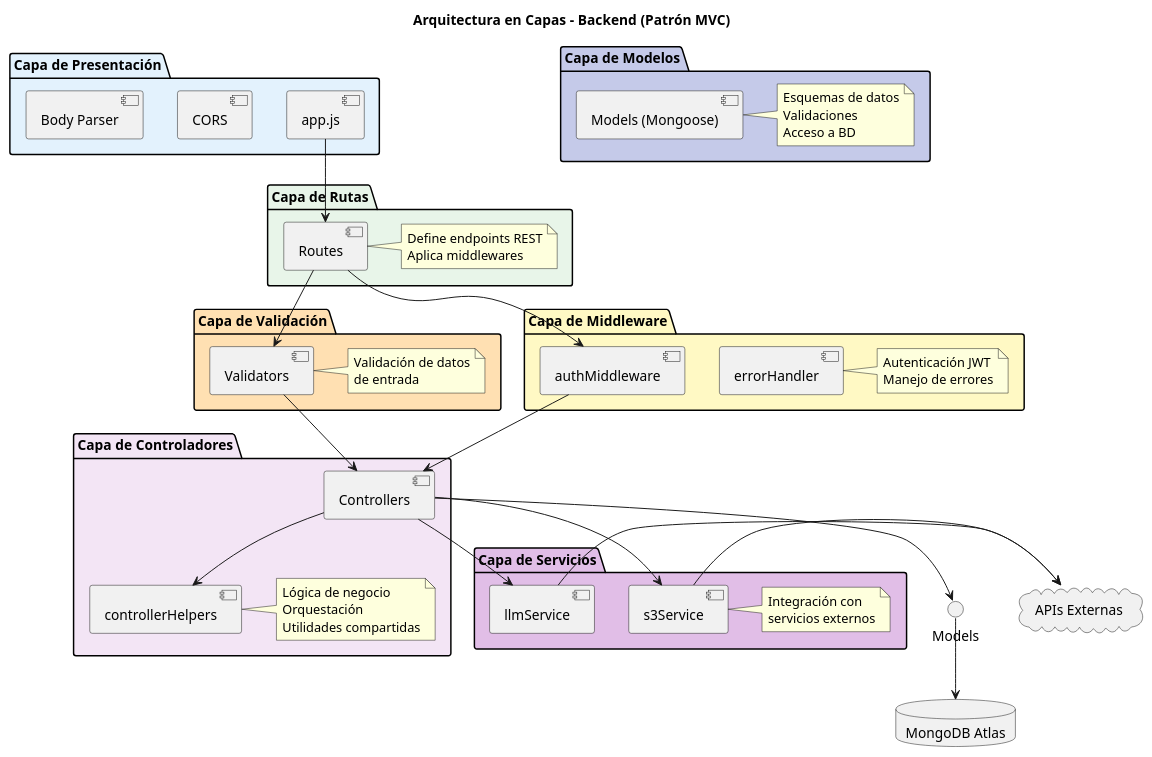
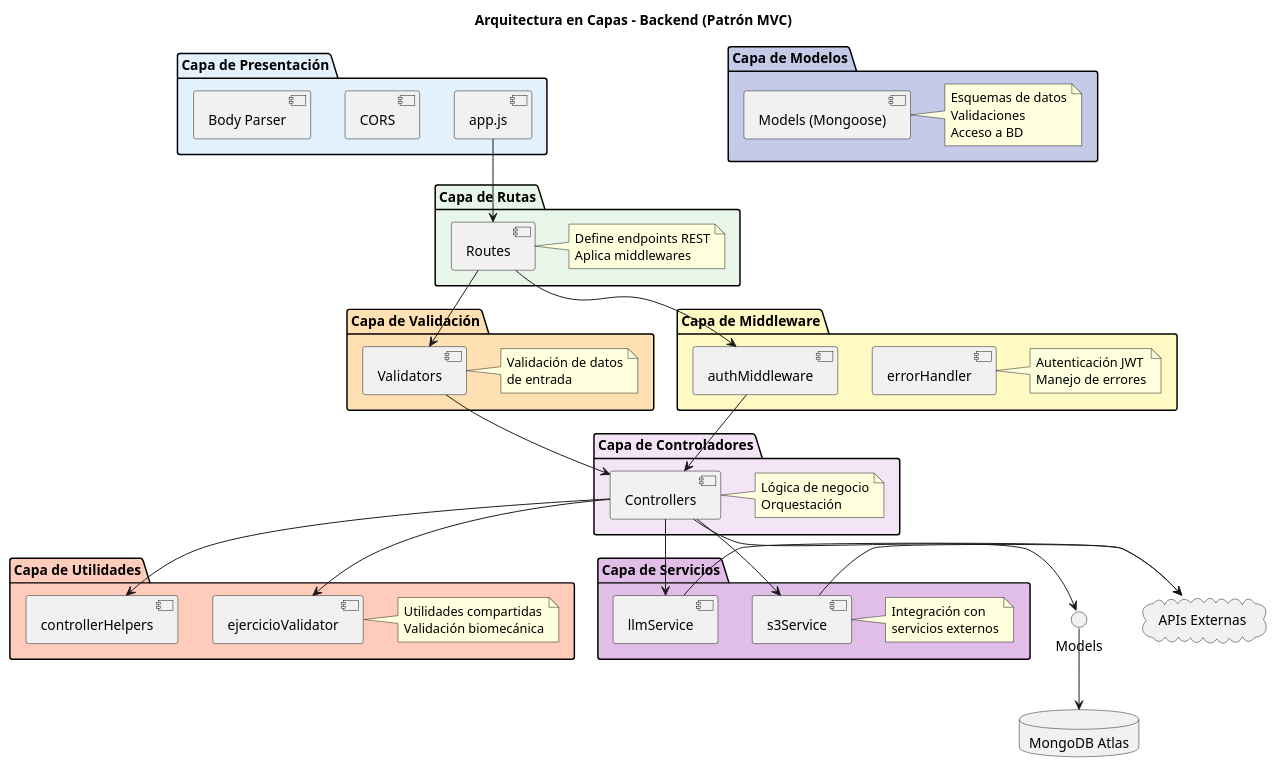
One commit to enolRodriguezHevia/tfg-wodbuster-ai changed the diagram in docs/diagrama-capas-backend.puml. Above: the diagram before and after it, drawn with PlantUML. The commit also changed 43 other files, not shown here.

```diff
--- a/docs/diagrama-capas-backend.puml
+++ b/docs/diagrama-capas-backend.puml
@@ -1,62 +1,68 @@
 @startuml Arquitectura en Capas - Backend
 
 skinparam shadowing false
 
 title Arquitectura en Capas - Backend (Patrón MVC)
 
 package "Capa de Presentación" #E3F2FD {
     [app.js]
     [CORS]
     [Body Parser]
 }
 
 package "Capa de Rutas" #E8F5E9 {
     [Routes]
     note right: Define endpoints REST\nAplica middlewares
 }
 
 package "Capa de Middleware" #FFF9C4 {
     [authMiddleware]
     [errorHandler]
     note right: Autenticación JWT\nManejo de errores
 }
 
 package "Capa de Validación" #FFE0B2 {
     [Validators]
     note right: Validación de datos\nde entrada
 }
 
 package "Capa de Controladores" #F3E5F5 {
     [Controllers]
+    note right: Lógica de negocio\nOrquestación
+}
+
+package "Capa de Utilidades" #FFCCBC {
     [controllerHelpers]
-    note right: Lógica de negocio\nOrquestación\nUtilidades compartidas
+    [ejercicioValidator]
+    note right: Utilidades compartidas\nValidación biomecánica
 }
 
 package "Capa de Servicios" #E1BEE7 {
     [llmService]
     [s3Service]
     note right: Integración con\nservicios externos
 }
 
 package "Capa de Modelos" #C5CAE9 {
     [Models (Mongoose)]
     note right: Esquemas de datos\nValidaciones\nAcceso a BD
 }
 
 database "MongoDB Atlas" as DB
 cloud "APIs Externas" as External
 
 app.js -down-> Routes
 Routes -down-> authMiddleware
 Routes -down-> Validators
 authMiddleware -down-> Controllers
 Validators -down-> Controllers
 Controllers -down-> controllerHelpers
+Controllers -down-> ejercicioValidator
 Controllers -down-> llmService
 Controllers -down-> s3Service
 Controllers -down-> Models
 llmService -right-> External
 s3Service -right-> External
 Models -down-> DB
 
 @enduml
```
